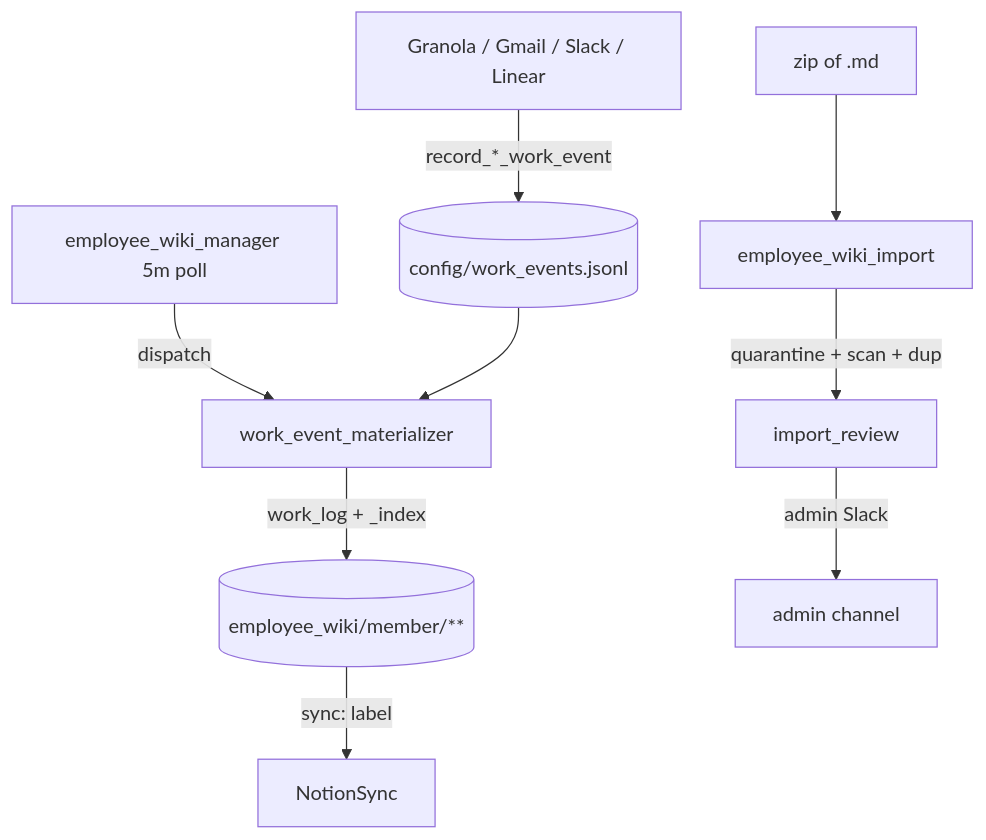
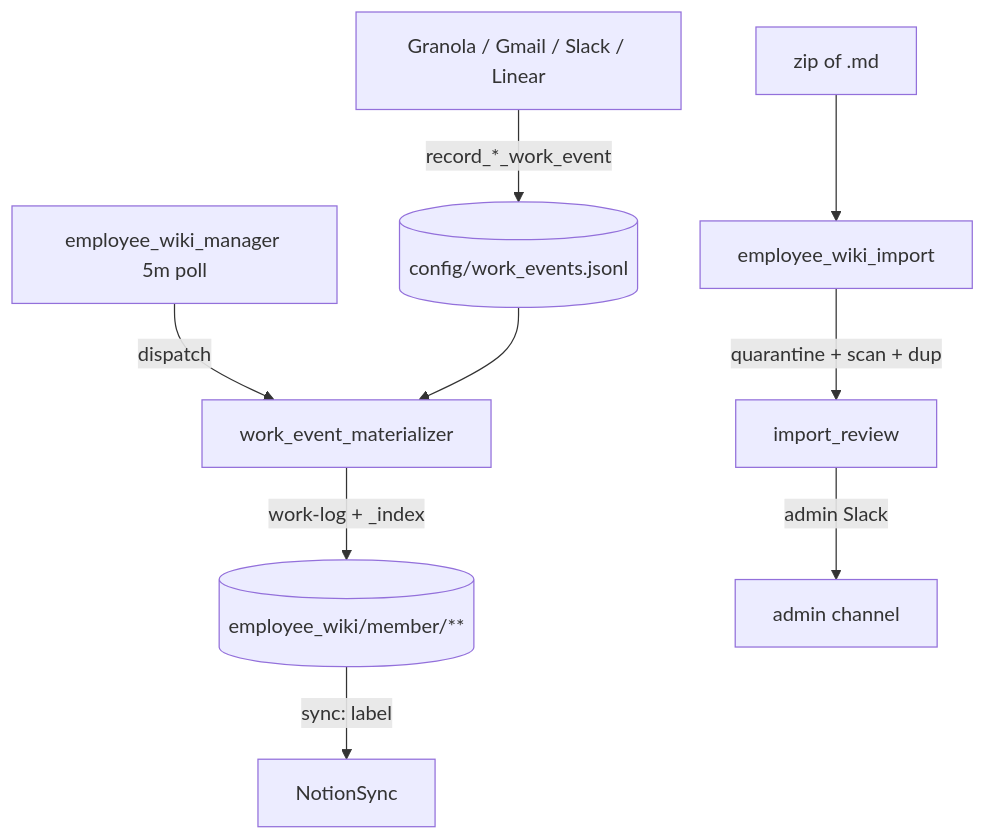
One commit to NickyHeC/4r7a changed the diagram in docs/agents/employee_wiki.md. Above: the diagram before and after it, drawn with Mermaid. The commit also changed other lines of this file and 97 other files, not shown here.

````diff
--- a/docs/agents/employee_wiki.md
+++ b/docs/agents/employee_wiki.md
@@ -21,11 +26,11 @@
 ```mermaid
 flowchart TB
   PLAT[Granola / Gmail / Slack / Linear] -->|record_*_work_event| LEDGER[(config/work_events.jsonl)]
   MGR[employee_wiki_manager 5m poll] -->|dispatch| MAT[work_event_materializer]
   LEDGER --> MAT
-  MAT -->|work_log + _index| EW[(employee_wiki/member/**)]
+  MAT -->|work-log + _index| EW[(employee_wiki/member/**)]
   ZIP[zip of .md] --> IMP[employee_wiki_import]
   IMP -->|quarantine + scan + dup| REV[import_review]
   REV -->|admin Slack| ADMIN[admin channel]
   EW -->|sync: label| NS[NotionSync]
 ```
````
